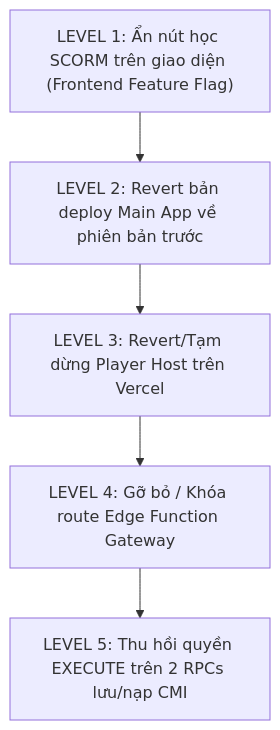
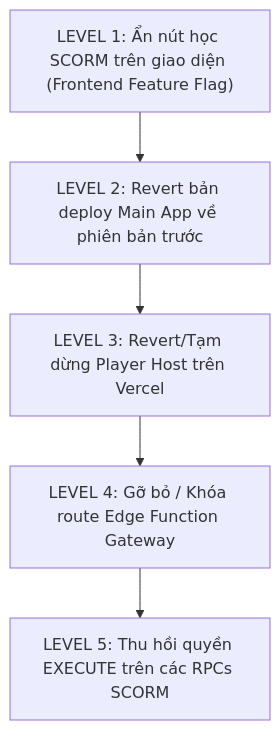
Before and after one commit to tranlen0411-ux/Web: the third of 3 diagrams in docs/scorm-production-release-runbook.md, drawn with Mermaid. The commit also changed other lines of this file, not shown here.

Commit message:
Update SCORM production release runbook

````diff
--- a/docs/scorm-production-release-runbook.md
+++ b/docs/scorm-production-release-runbook.md
@@ -239,9 +269,9 @@
 ```mermaid
 graph TD
     LV1["LEVEL 1: Ẩn nút học SCORM trên giao diện (Frontend Feature Flag)"]
     LV2["LEVEL 2: Revert bản deploy Main App về phiên bản trước"]
     LV3["LEVEL 3: Revert/Tạm dừng Player Host trên Vercel"]
     LV4["LEVEL 4: Gỡ bỏ / Khóa route Edge Function Gateway"]
-    LV5["LEVEL 5: Thu hồi quyền EXECUTE trên 2 RPCs lưu/nạp CMI"]
+    LV5["LEVEL 5: Thu hồi quyền EXECUTE trên các RPCs SCORM"]
     LV1 --> LV2 --> LV3 --> LV4 --> LV5
 ```
````
